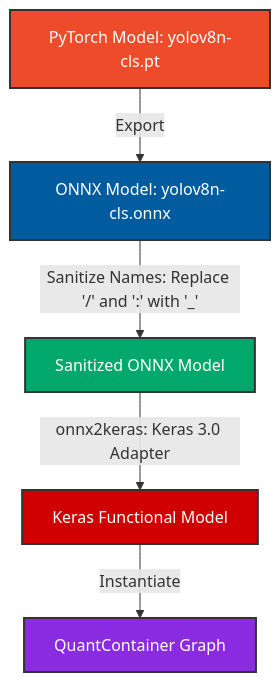
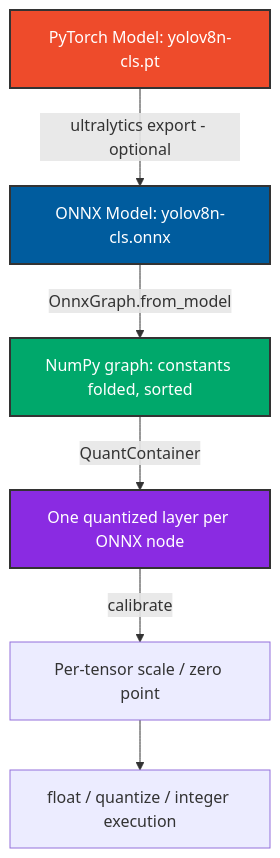
Before and after one commit to Anh26535D/QuantAnything: the first of 4 diagrams in quantization_architecture.md, drawn with Mermaid. The commit also changed other lines of this file and 104 other files, not shown here.

First line of the commit message:
refactor: drop Keras, quantize ONNX graphs directly with NumPy + C++ kernels

````diff
--- a/quantization_architecture.md
+++ b/quantization_architecture.md
@@ -11,13 +12,13 @@
 ```mermaid
 graph TD
-    A[PyTorch Model: yolov8n-cls.pt] -->|Export| B[ONNX Model: yolov8n-cls.onnx]
-    B -->|Sanitize Names: Replace '/' and ':' with '_'| C[Sanitized ONNX Model]
-    C -->|onnx2keras: Keras 3.0 Adapter| D[Keras Functional Model]
-    D -->|Instantiate| E[QuantContainer Graph]
-    
+    A[PyTorch Model: yolov8n-cls.pt] -->|ultralytics export - optional| B[ONNX Model: yolov8n-cls.onnx]
+    B -->|OnnxGraph.from_model| C[NumPy graph: constants folded, sorted]
+    C -->|QuantContainer| D[One quantized layer per ONNX node]
+    D -->|calibrate| E[Per-tensor scale / zero point]
+    E --> F[float / quantize / integer execution]
+
     style A fill:#EE4B2B,stroke:#333,stroke-width:2px,color:#fff
     style B fill:#005C9E,stroke:#333,stroke-width:2px,color:#fff
     style C fill:#00A86B,stroke:#333,stroke-width:2px,color:#fff
-    style D fill:#D00000,stroke:#333,stroke-width:2px,color:#fff
-    style E fill:#8A2BE2,stroke:#333,stroke-width:2px,color:#fff
+    style D fill:#8A2BE2,stroke:#333,stroke-width:2px,color:#fff
 ```
````
